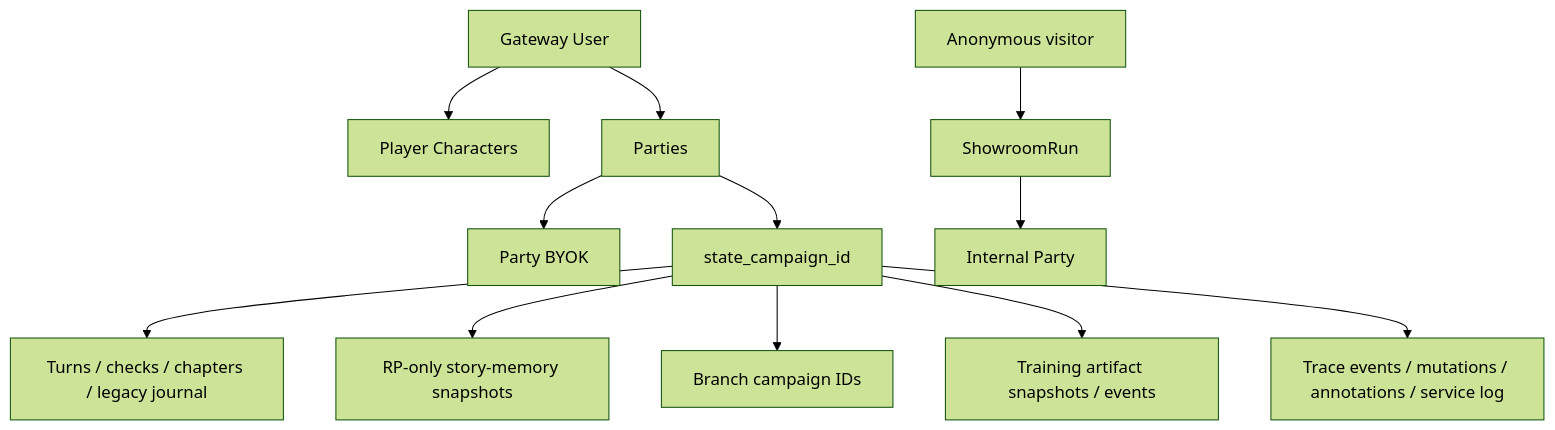
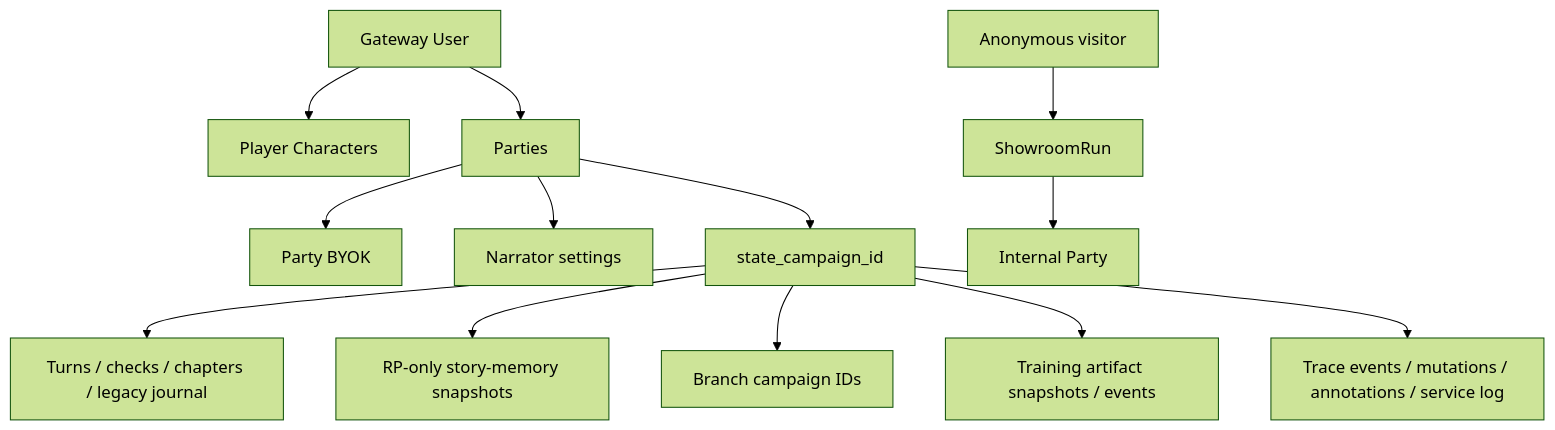
The diagram in docs/wiki/08-data-and-security.md (abykovwww-byte/ubuntu_ansible_palybooks), drawn with Mermaid (forest theme) before and after one commit. The commit also changed other lines of this file and 14 other files, not shown here.

````diff
--- a/docs/wiki/08-data-and-security.md
+++ b/docs/wiki/08-data-and-security.md
@@ -44,15 +44,16 @@
 ```mermaid
 flowchart TB
     U["Gateway User"] --> PC["Player Characters"]
     U --> P["Parties"]
     P --> K["Party BYOK"]
+    P --> NS["Narrator settings"]
     P --> C["state_campaign_id"]
     C --> T["Turns / checks / chapters / legacy journal"]
     C --> RPS["RP-only story-memory snapshots"]
     C --> B["Branch campaign IDs"]
     C --> TA["Training artifact snapshots / events"]
     C --> DT["Trace events / mutations / annotations / service log"]
 
     AV["Anonymous visitor"] --> SR["ShowroomRun"]
     SR --> IP["Internal Party"]
 ```
````
